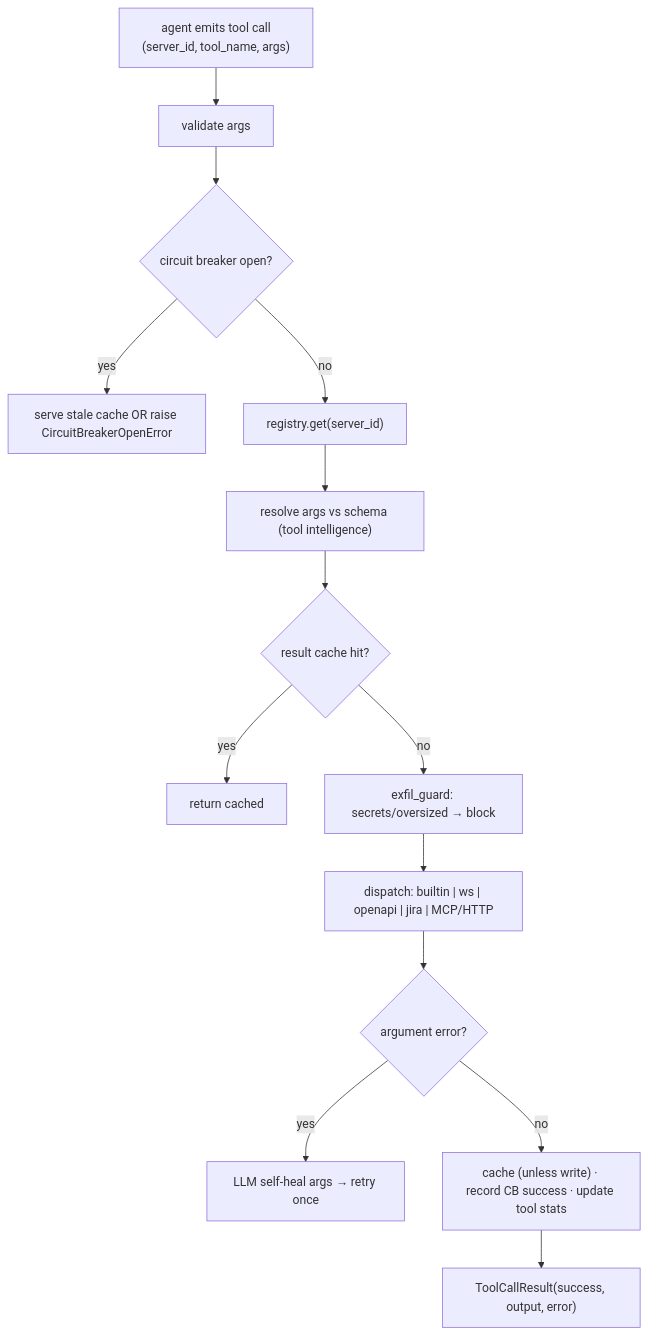
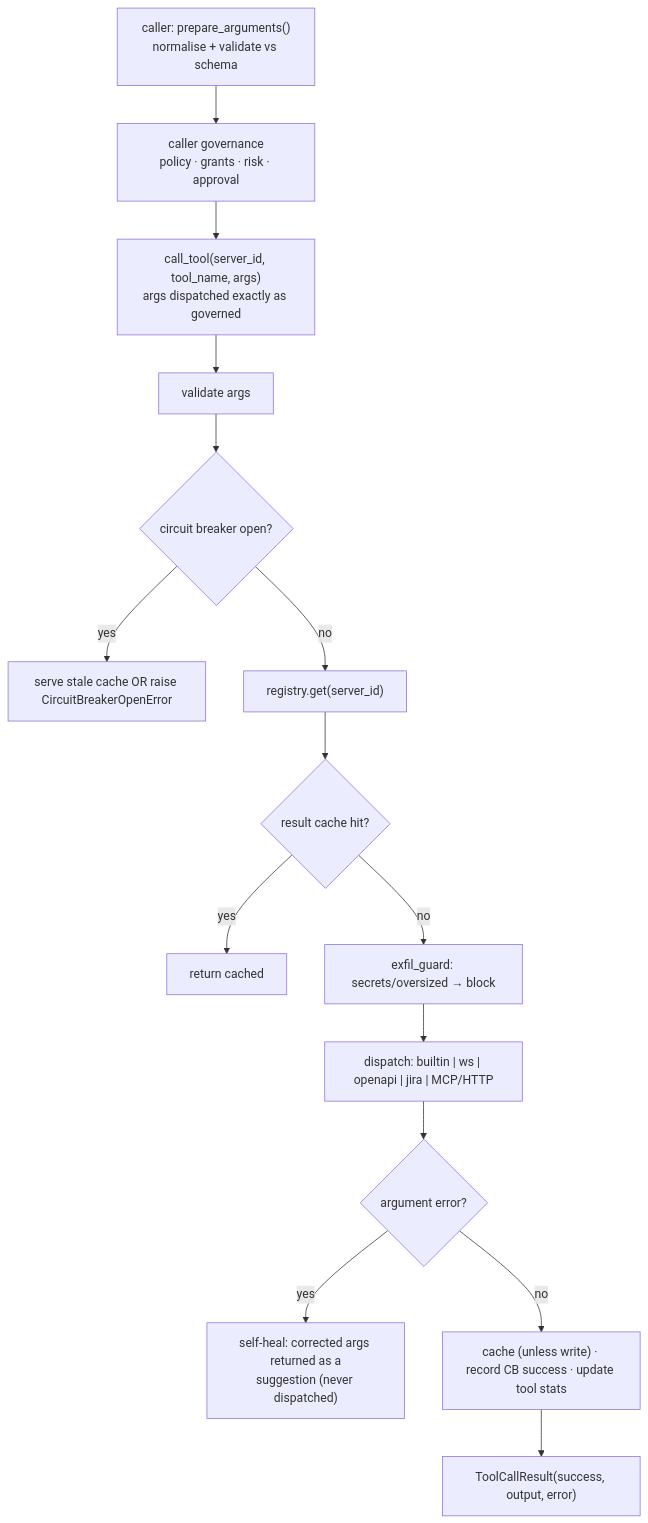
Before and after one commit to harsh786/agent-verse: diagram 25 of 37 in docs/platform-deep-dive/00-END-TO-END-MASTERCLASS.md, drawn with Mermaid. The commit also changed other lines of this file and 18 other files, not shown here.

````diff
--- a/docs/platform-deep-dive/00-END-TO-END-MASTERCLASS.md
+++ b/docs/platform-deep-dive/00-END-TO-END-MASTERCLASS.md
@@ -1207,16 +1207,17 @@
 ```mermaid
 flowchart TD
-    A["agent emits tool call<br/>(server_id, tool_name, args)"] --> V["validate args"]
+    P["caller: prepare_arguments()<br/>normalise + validate vs schema"] --> G["caller governance<br/>policy · grants · risk · approval"]
+    G --> A["call_tool(server_id, tool_name, args)<br/>args dispatched exactly as governed"]
+    A --> V["validate args"]
     V --> CB{"circuit breaker open?"}
     CB -->|yes| STALE["serve stale cache OR raise CircuitBreakerOpenError"]
     CB -->|no| REG["registry.get(server_id)"]
-    REG --> RES["resolve args vs schema (tool intelligence)"]
-    RES --> CH{"result cache hit?"}
+    REG --> CH{"result cache hit?"}
     CH -->|yes| RET["return cached"]
     CH -->|no| EXG["exfil_guard: secrets/oversized → block"]
     EXG --> DISP["dispatch: builtin | ws | openapi | jira | MCP/HTTP"]
     DISP --> HEAL{"argument error?"}
-    HEAL -->|yes| SH["LLM self-heal args → retry once"]
+    HEAL -->|yes| SH["self-heal: corrected args returned as a<br/>suggestion (never dispatched)"]
     HEAL -->|no| POST["cache (unless write) · record CB success · update tool stats"]
     POST --> R["ToolCallResult(success, output, error)"]
 ```
````
